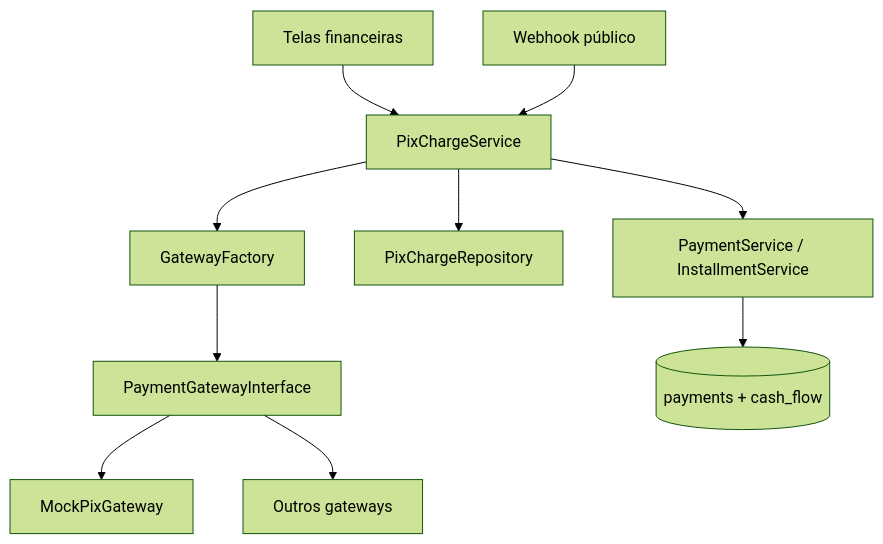
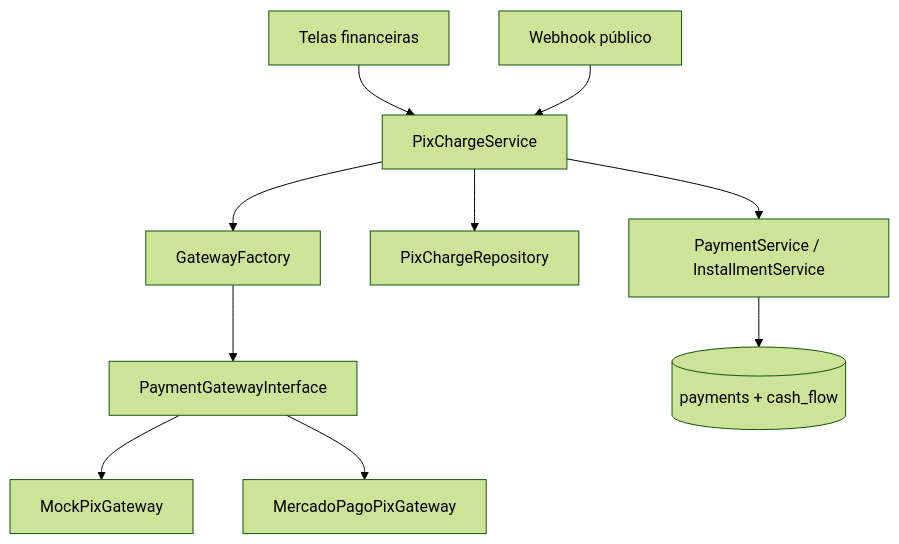
The diagram in docs/implementacoes/18-integracao-pix.md (dev-julyellens/mini-erp-vendas), drawn with Mermaid (forest theme) before and after one commit. The commit also changed other lines of this file and 14 other files, not shown here.

Commit message:
feat: implementa integração com o gateway Mercado Pago para pagamentos PIX

````diff
--- a/docs/implementacoes/18-integracao-pix.md
+++ b/docs/implementacoes/18-integracao-pix.md
@@ -9,12 +9,12 @@
 ```mermaid
 flowchart TB
     UI[Telas financeiras] --> PCS[PixChargeService]
     PCS --> GF[GatewayFactory]
     GF --> GW[PaymentGatewayInterface]
     GW --> Mock[MockPixGateway]
-    GW --> Future[Outros gateways]
+    GW --> MP[MercadoPagoPixGateway]
     PCS --> Repo[PixChargeRepository]
     WH[Webhook público] --> PCS
     PCS --> Pay[PaymentService / InstallmentService]
     Pay --> DB[(payments + cash_flow)]
 ```
````
